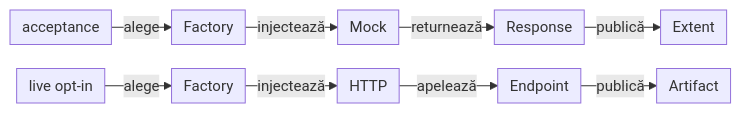
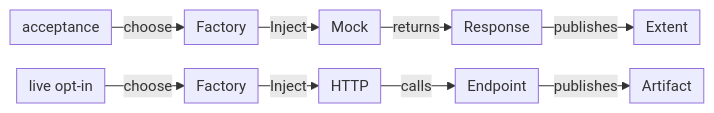
Before and after one commit to crististefanita/atf_j0: the sixth of 12 diagrams in docs/ATF_Architecture.md, drawn with Mermaid. The commit also changed other lines of this file and 113 other files, not shown here.

````diff
--- a/docs/ATF_Architecture.md
+++ b/docs/ATF_Architecture.md
@@ -412,13 +387,13 @@
 ```mermaid
 %%{init: {"themeVariables":{"fontSize":"15px"},"themeCSS":".nodeLabel, .nodeLabel p { font-size: 15px !important; line-height: 1.35 !important; } .edgeLabel, .edgeLabel p { font-size: 12px !important; font-weight: 400 !important; line-height: 1.2 !important; } .edgeLabel .labelBkg, .edgeLabel p { background: transparent !important; } .edgeLabel foreignObject { transform: translateY(-18px); overflow: visible; } .node rect { rx: 6px; ry: 6px; }","flowchart":{"curve":"linear","nodeSpacing":24,"rankSpacing":24,"padding":6,"diagramPadding":20}}}%%
 flowchart LR
-    Scenario["acceptance"] -->|alege| Factory["Factory"]
-    Factory -->|injectează| Fake["Mock"]
-    Fake -->|returnează| Offline["Response"]
-    Offline -->|publică| Report["Extent"]
+    Scenario["acceptance"] -->|choose| Factory["Factory"]
+    Factory -->|Inject| Fake["Mock"]
+    Fake -->|returns| Offline["Response"]
+    Offline -->|publishes| Report["Extent"]
 
-    Live["live opt-in"] -->|alege| FactoryLive["Factory"]
-    FactoryLive -->|injectează| Http["HTTP"]
-    Http -->|apelează| Server["Endpoint"]
-    Server -->|publică| LiveReport["Artifact"]
+    Live["live opt-in"] -->|choose| FactoryLive["Factory"]
+    FactoryLive -->|Inject| Http["HTTP"]
+    Http -->|calls| Server["Endpoint"]
+    Server -->|publishes| LiveReport["Artifact"]
 ```
````
